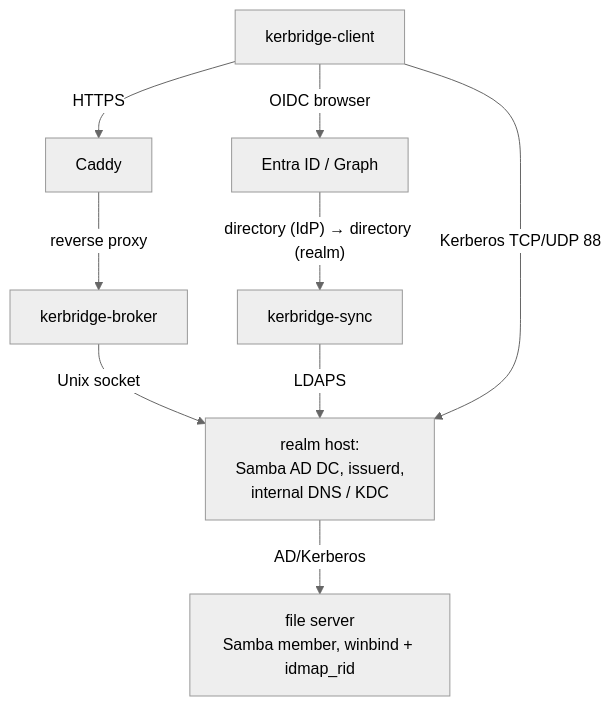
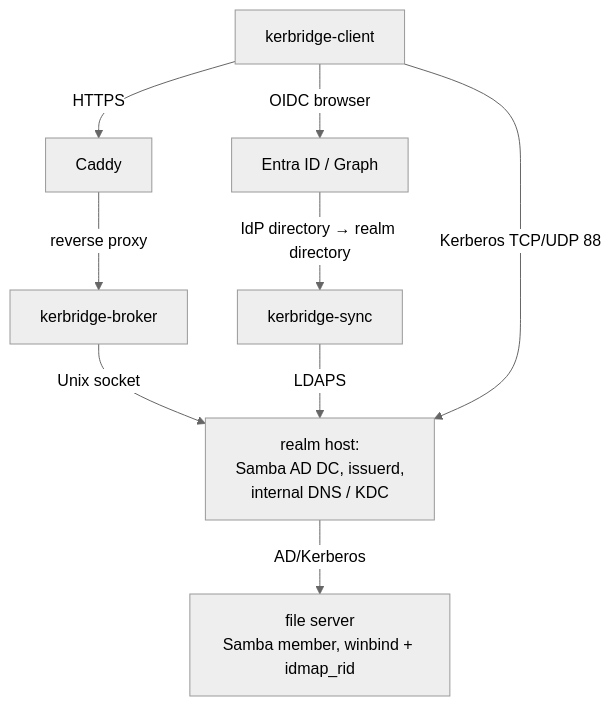
The diagram in DESIGN.md (elonen/kerbridge), drawn with Mermaid (neutral theme) before and after one commit. The commit also changed other lines of this file and 65 other files, not shown here.

Commit message:
Rename glossary terms: directory (IdP) -> IdP directory, directory (realm) -> realm directory

````diff
--- a/DESIGN.md
+++ b/DESIGN.md
@@ -111,19 +111,19 @@
 ```mermaid
 flowchart TD
   entra["Entra ID / Graph"]
   wh["kerbridge-client"]
   caddy["Caddy"]
   broker["kerbridge-broker"]
   sync["kerbridge-sync"]
   realm["realm host:<br/>Samba AD DC, issuerd,<br/>internal DNS / KDC"]
   nas["file server<br/>Samba member, winbind + idmap_rid"]
 
   wh -->|"OIDC browser"| entra
-  entra -->|"directory (IdP) → directory (realm)"| sync
+  entra -->|"IdP directory → realm directory"| sync
   wh -->|"HTTPS"| caddy
   caddy -->|"reverse proxy"| broker
   broker -->|"Unix socket"| realm
   sync -->|"LDAPS"| realm
   wh -->|"Kerberos TCP/UDP 88"| realm
   realm -->|"AD/Kerberos"| nas
 ```
````
